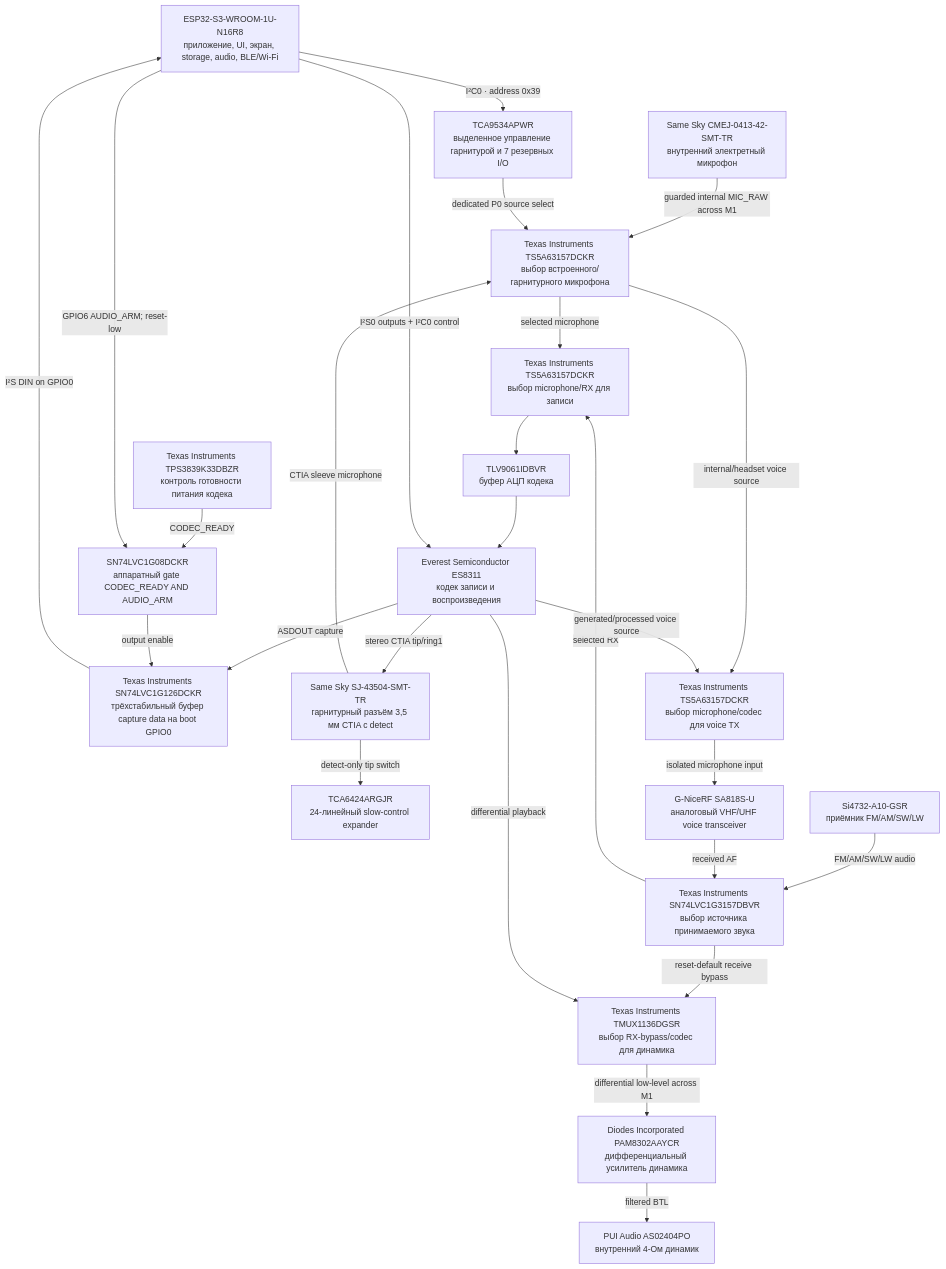
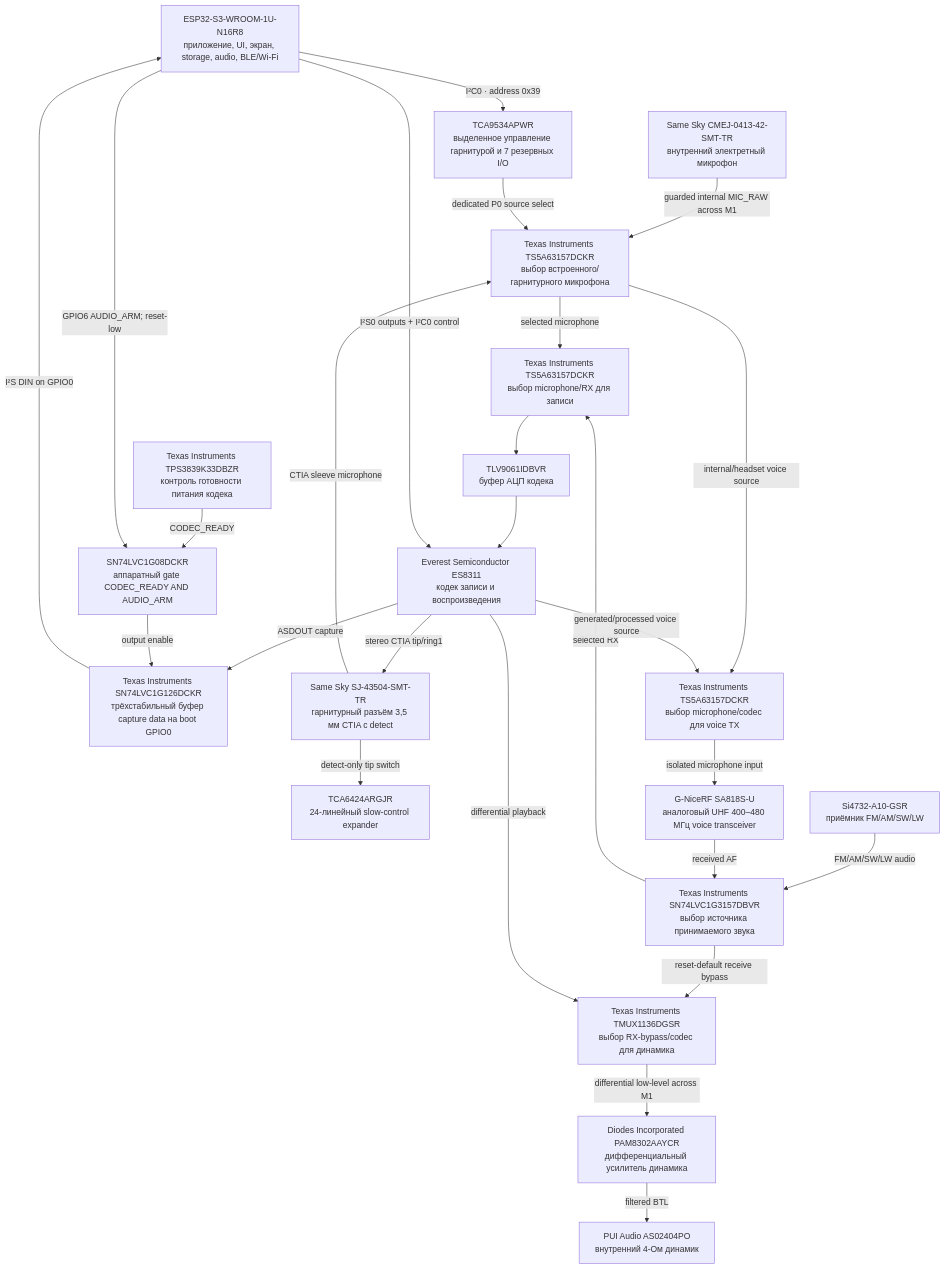
One commit to anton-vinogradov/esp32-leshy2 changed the sixth of 10 diagrams in docs/schematics.ru.md. Above: the diagram before and after it, drawn with Mermaid. The commit also changed other lines of this file and 26 other files, not shown here.

Commit message:
Review H5 source research and dual voice diagrams

````diff
--- a/docs/schematics.ru.md
+++ b/docs/schematics.ru.md
@@ -194,45 +194,45 @@
 ```mermaid
 flowchart TD
 S3["ESP32-S3-WROOM-1U-N16R8<br/>приложение, UI, экран, storage, audio, BLE/Wi-Fi"]
 SLOW_IO["TCA6424ARGJR<br/>24-линейный slow-control expander"]
 RECEIVER["Si4732-A10-GSR<br/>приёмник FM/AM/SW/LW"]
-VOICE["G-NiceRF SA818S-U<br/>аналоговый VHF/UHF voice transceiver"]
+VOICE["G-NiceRF SA818S-U<br/>аналоговый UHF 400–480 МГц voice transceiver"]
 MICROPHONE["Same Sky CMEJ-0413-42-SMT-TR<br/>внутренний электретный микрофон"]
 HEADSET_CONTROL_IO["TCA9534APWR<br/>выделенное управление гарнитурой и 7 резервных I/O"]
 HEADSET_MIC_SELECTOR["Texas Instruments TS5A63157DCKR<br/>выбор встроенного/гарнитурного микрофона"]
 AUDIO_RX_MUX["Texas Instruments SN74LVC1G3157DBVR<br/>выбор источника принимаемого звука"]
 AUDIO_CAPTURE_SELECTOR["Texas Instruments TS5A63157DCKR<br/>выбор microphone/RX для записи"]
 AUDIO_CAPTURE_BUFFER["TLV9061IDBVR<br/>буфер АЦП кодека"]
 CODEC["Everest Semiconductor ES8311<br/>кодек записи и воспроизведения"]
 CODEC_SUPERVISOR["Texas Instruments TPS3839K33DBZR<br/>контроль готовности питания кодека"]
 CODEC_I2S_DIN_BOOT_GATE["SN74LVC1G08DCKR<br/>аппаратный gate CODEC_READY AND AUDIO_ARM"]
 CODEC_I2S_DIN_ISO["Texas Instruments SN74LVC1G126DCKR<br/>трёхстабильный буфер capture data на boot GPIO0"]
 AUDIO_SPEAKER_SELECTOR["Texas Instruments TMUX1136DGSR<br/>выбор RX-bypass/codec для динамика"]
 AUDIO_TX_SELECTOR["Texas Instruments TS5A63157DCKR<br/>выбор microphone/codec для voice TX"]
 SPEAKER_AMP["Diodes Incorporated PAM8302AAYCR<br/>дифференциальный усилитель динамика"]
 SPEAKER["PUI Audio AS02404PO<br/>внутренний 4-Ом динамик"]
 HEADPHONE_JACK["Same Sky SJ-43504-SMT-TR<br/>гарнитурный разъём 3,5 мм CTIA с detect"]
   RECEIVER -->|"FM/AM/SW/LW audio"| AUDIO_RX_MUX
   VOICE -->|"received AF"| AUDIO_RX_MUX
   AUDIO_RX_MUX -->|"selected RX"| AUDIO_CAPTURE_SELECTOR
   MICROPHONE -->|"guarded internal MIC_RAW across M1"| HEADSET_MIC_SELECTOR
   HEADPHONE_JACK -->|"CTIA sleeve microphone"| HEADSET_MIC_SELECTOR
   HEADPHONE_JACK -->|"detect-only tip switch"| SLOW_IO
   S3 -->|"I²C0 · address 0x39"| HEADSET_CONTROL_IO
   HEADSET_CONTROL_IO -->|"dedicated P0 source select"| HEADSET_MIC_SELECTOR
   HEADSET_MIC_SELECTOR -->|"selected microphone"| AUDIO_CAPTURE_SELECTOR
   AUDIO_CAPTURE_SELECTOR --> AUDIO_CAPTURE_BUFFER --> CODEC
   S3 -->|"I²S0 outputs + I²C0 control"| CODEC
   CODEC -->|"ASDOUT capture"| CODEC_I2S_DIN_ISO -->|"I²S DIN on GPIO0"| S3
   CODEC_SUPERVISOR -->|"CODEC_READY"| CODEC_I2S_DIN_BOOT_GATE
   S3 -->|"GPIO6 AUDIO_ARM; reset-low"| CODEC_I2S_DIN_BOOT_GATE
   CODEC_I2S_DIN_BOOT_GATE -->|"output enable"| CODEC_I2S_DIN_ISO
   AUDIO_RX_MUX -->|"reset-default receive bypass"| AUDIO_SPEAKER_SELECTOR
   CODEC -->|"differential playback"| AUDIO_SPEAKER_SELECTOR
   AUDIO_SPEAKER_SELECTOR -->|"differential low-level across M1"| SPEAKER_AMP
   SPEAKER_AMP -->|"filtered BTL"| SPEAKER
   CODEC -->|"stereo CTIA tip/ring1"| HEADPHONE_JACK
   HEADSET_MIC_SELECTOR -->|"internal/headset voice source"| AUDIO_TX_SELECTOR
   CODEC -->|"generated/processed voice source"| AUDIO_TX_SELECTOR
   AUDIO_TX_SELECTOR -->|"isolated microphone input"| VOICE
 ```
````
